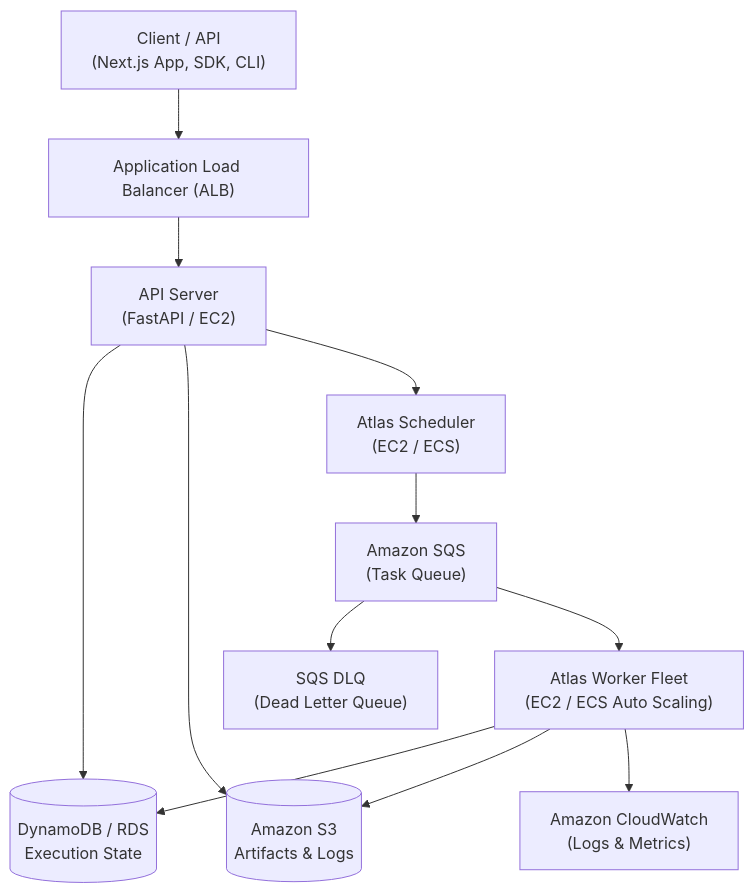
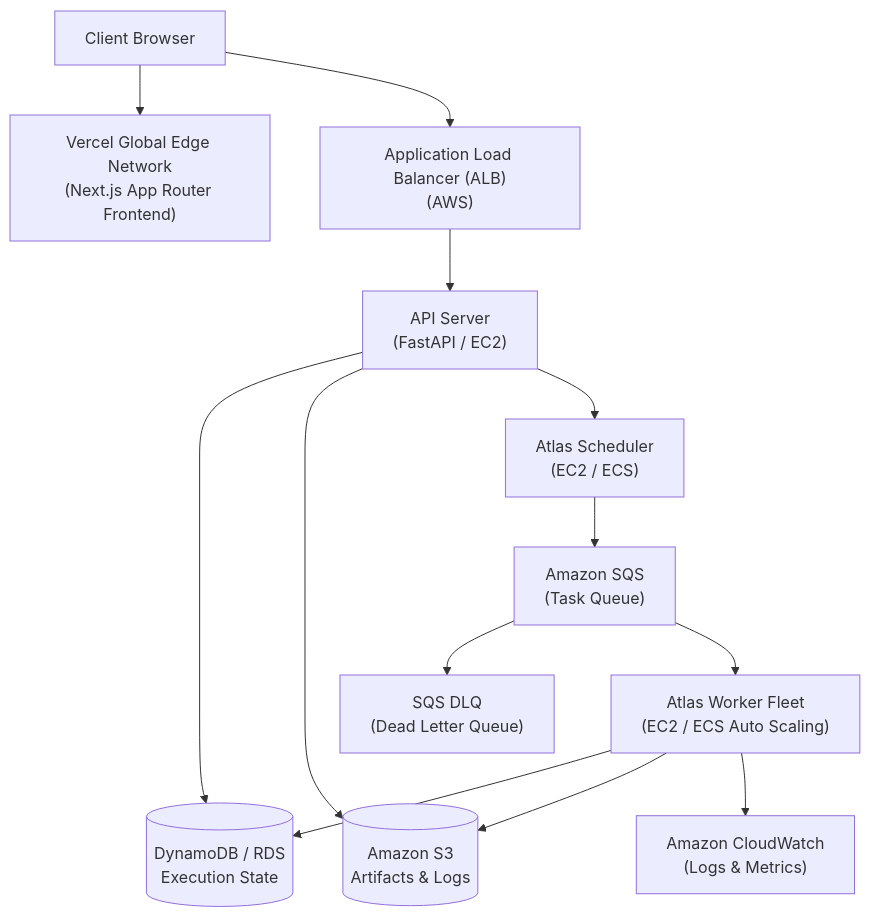
Before and after one commit to Abhinav-0709/atlas: the diagram in AWS_DEPLOYMENT_GUIDE.md, drawn with Mermaid. The commit also changed other lines of this file, not shown here.

Commit message:
vercel plan updated

````diff
--- a/AWS_DEPLOYMENT_GUIDE.md
+++ b/AWS_DEPLOYMENT_GUIDE.md
@@ -5,14 +5,15 @@
 ```mermaid
 graph TD
-    Client["Client / API\n(Next.js App, SDK, CLI)"] --> ALB["Application Load Balancer (ALB)"]
+    Client["Client Browser"] --> Vercel["Vercel Global Edge Network\n(Next.js App Router Frontend)"]
+    Client --> ALB["Application Load Balancer (ALB)\n(AWS)"]
     ALB --> API["API Server\n(FastAPI / EC2)"]
     API --> DB[("DynamoDB / RDS\nExecution State")]
     API --> S3[("Amazon S3\nArtifacts & Logs")]
     API --> Scheduler["Atlas Scheduler\n(EC2 / ECS)"]
     Scheduler --> SQS["Amazon SQS\n(Task Queue)"]
     SQS --> DLQ["SQS DLQ\n(Dead Letter Queue)"]
     SQS --> Workers["Atlas Worker Fleet\n(EC2 / ECS Auto Scaling)"]
     Workers --> DB
     Workers --> S3
     Workers --> CW["Amazon CloudWatch\n(Logs & Metrics)"]
 ```
````
